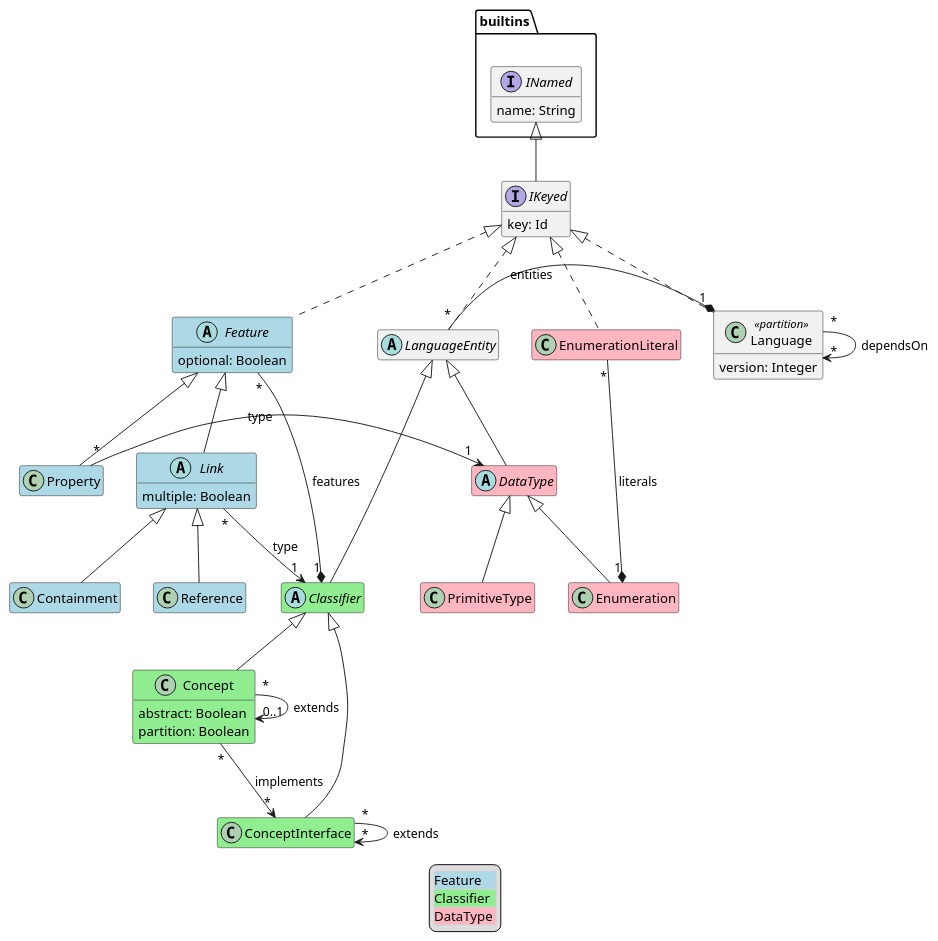
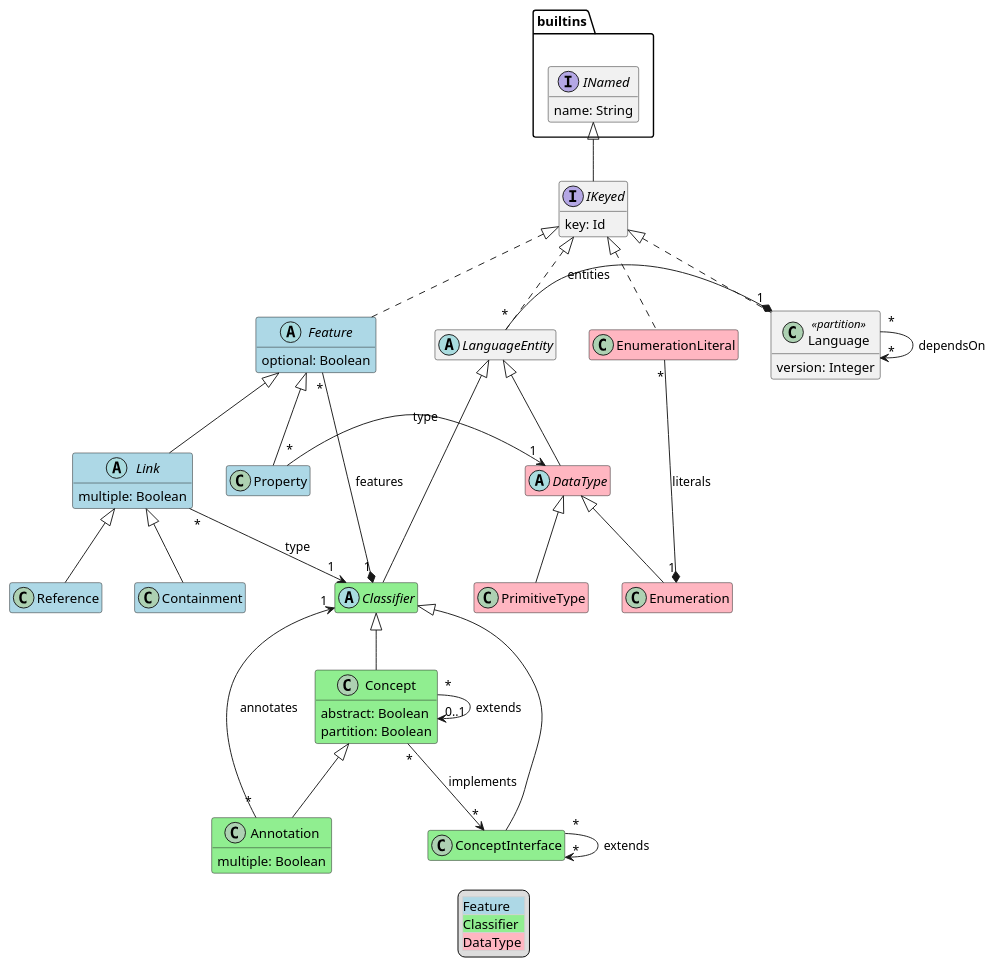
Before and after one commit to LionWeb-io/specification: the diagram in metametamodel/metametamodel.puml, drawn with PlantUML. The commit also changed 7 other files, not shown here.

```diff
--- a/metametamodel/metametamodel.puml
+++ b/metametamodel/metametamodel.puml
@@ -1,74 +1,80 @@
 @startuml
 hide empty members
 
 package builtins {
   interface builtins.INamed {
     name: String
   }
+}
+
+class Annotation #LightGreen extends Concept {
+  multiple: Boolean
 }
 
 class Concept #LightGreen extends Classifier {
   abstract: Boolean
   partition: Boolean
 }
 
 class ConceptInterface #LightGreen extends Classifier
 
 class Containment #LightBlue extends Link
 
 abstract class DataType #LightPink extends LanguageEntity
 
 class Enumeration #LightPink extends DataType
 
 class EnumerationLiteral #LightPink implements IKeyed
 
 abstract class Feature #LightBlue implements IKeyed {
   optional: Boolean
 }
 
 abstract class Classifier #LightGreen extends LanguageEntity
 
 abstract class Link #LightBlue extends Feature {
   multiple: Boolean
 }
 
 class Language <<partition>> implements IKeyed {
   version: Integer
 }
 
 abstract class LanguageEntity implements IKeyed
 
 interface IKeyed extends builtins.INamed {
   key: Id
 }
 
 class PrimitiveType #LightPink extends DataType
 
 class Property #LightBlue extends Feature
 
 class Reference #LightBlue extends Link
 
 ' relations:
 
-Concept "*" -> "0..1" Concept: extends
+Annotation "*" --> "1" Classifier: annotates
+
+Concept "*" --> "0..1" Concept: extends
 Concept "*" --> "*" ConceptInterface: implements
 
 ConceptInterface "*" --> "*" ConceptInterface: extends
 
 EnumerationLiteral "*" -* "1" Enumeration : literals
 
 Feature "*" -* "1" Classifier: features
 
 Link "*" --> "1" Classifier: type
 
 Language "*" --> "*" Language: dependsOn
 LanguageEntity "*" -* "1" Language: entities
 
 Property "*" -> "1" DataType: type
 
 legend
   <#LightGray,#LightGray>| <#LightBlue>Feature |
   | <#LightGreen>Classifier |
   | <#LightPink>DataType |
 end legend
 @enduml
```
